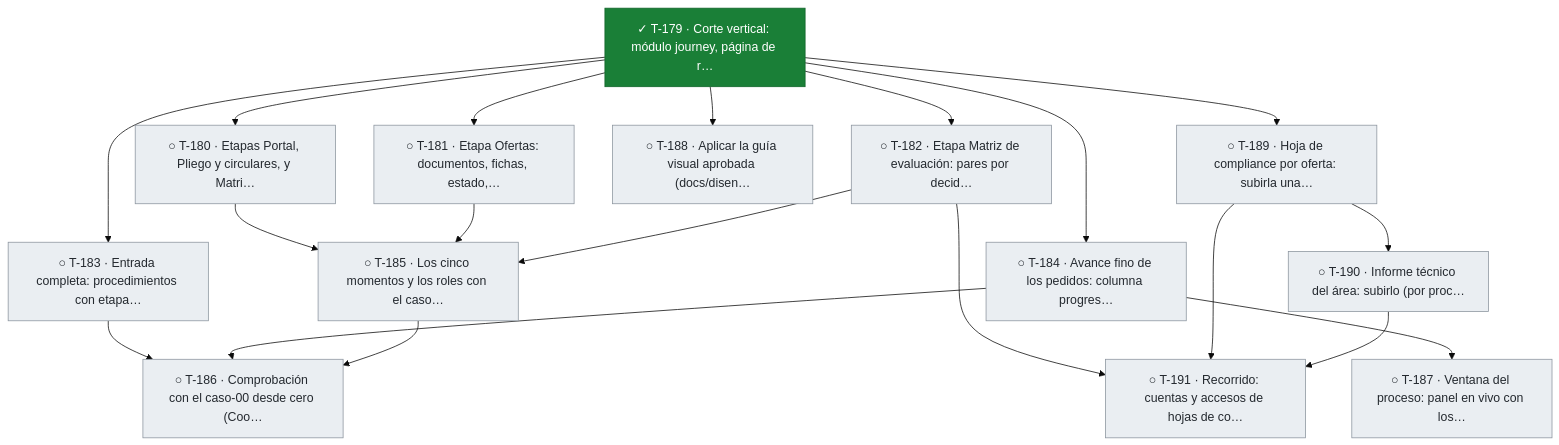
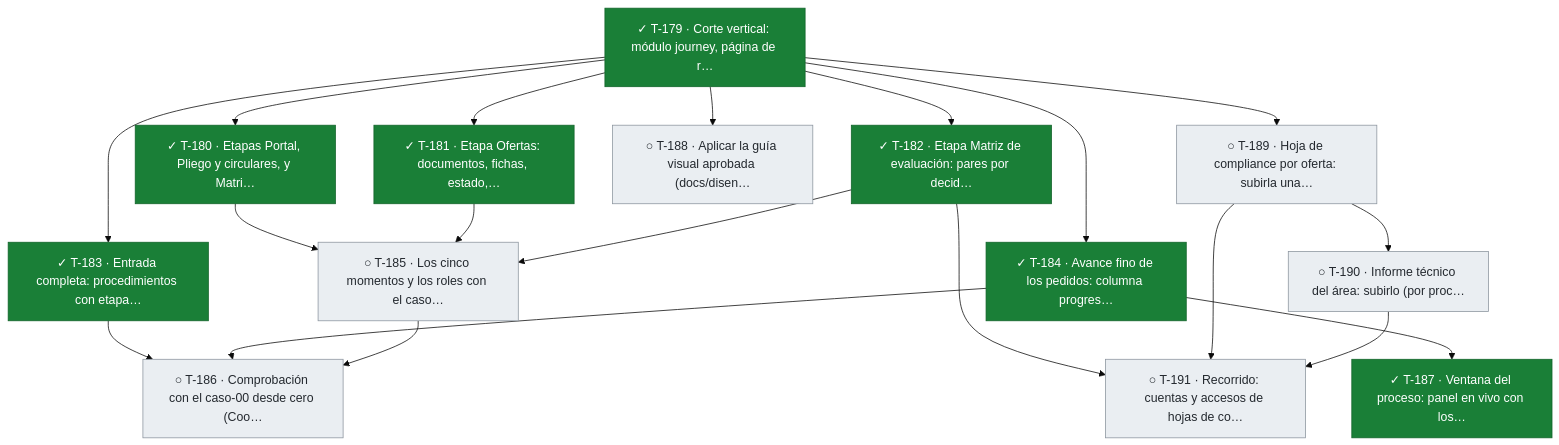
Diagram 13 of 13 in docs/tablero.md (snavello/EVALUON), drawn with Mermaid (base theme) before and after one commit. The commit also changed other lines of this file and 1 other file, not shown here.

````diff
--- a/docs/tablero.md
+++ b/docs/tablero.md
@@ -982,39 +982,39 @@
 ```mermaid
 flowchart TD
   T179["✓ T-179 · Corte vertical: módulo journey, página de r…"]:::done
-  T180["○ T-180 · Etapas Portal, Pliego y circulares, y Matri…"]:::todo
-  T181["○ T-181 · Etapa Ofertas: documentos, fichas, estado,…"]:::todo
-  T182["○ T-182 · Etapa Matriz de evaluación: pares por decid…"]:::todo
-  T183["○ T-183 · Entrada completa: procedimientos con etapa…"]:::todo
-  T184["○ T-184 · Avance fino de los pedidos: columna progres…"]:::todo
-  T187["○ T-187 · Ventana del proceso: panel en vivo con los…"]:::todo
+  T180["✓ T-180 · Etapas Portal, Pliego y circulares, y Matri…"]:::done
+  T181["✓ T-181 · Etapa Ofertas: documentos, fichas, estado,…"]:::done
+  T182["✓ T-182 · Etapa Matriz de evaluación: pares por decid…"]:::done
+  T183["✓ T-183 · Entrada completa: procedimientos con etapa…"]:::done
+  T184["✓ T-184 · Avance fino de los pedidos: columna progres…"]:::done
+  T187["✓ T-187 · Ventana del proceso: panel en vivo con los…"]:::done
   T188["○ T-188 · Aplicar la guía visual aprobada (docs/disen…"]:::todo
   T189["○ T-189 · Hoja de compliance por oferta: subirla una…"]:::todo
   T190["○ T-190 · Informe técnico del área: subirlo (por proc…"]:::todo
   T191["○ T-191 · Recorrido: cuentas y accesos de hojas de co…"]:::todo
   T185["○ T-185 · Los cinco momentos y los roles con el caso…"]:::todo
   T186["○ T-186 · Comprobación con el caso-00 desde cero (Coo…"]:::todo
   T179 --> T180
   T179 --> T181
   T179 --> T182
   T179 --> T183
   T179 --> T184
   T184 --> T187
   T179 --> T188
   T179 --> T189
   T189 --> T190
   T182 --> T191
   T189 --> T191
   T190 --> T191
   T180 --> T185
   T181 --> T185
   T182 --> T185
   T183 --> T186
   T184 --> T186
   T185 --> T186
   classDef done fill:#1a7f37,stroke:#116329,color:#ffffff
   classDef review fill:#0969da,stroke:#0550ae,color:#ffffff
   classDef active fill:#bf8700,stroke:#7d4e00,color:#ffffff
   classDef blocked fill:#cf222e,stroke:#a40e26,color:#ffffff
   classDef todo fill:#eaeef2,stroke:#8c959f,color:#24292f
 ```
````
